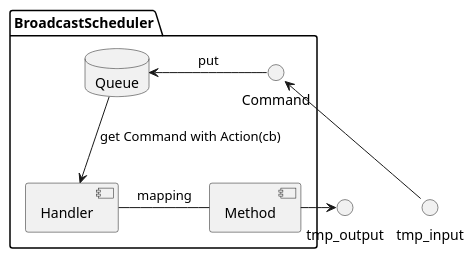
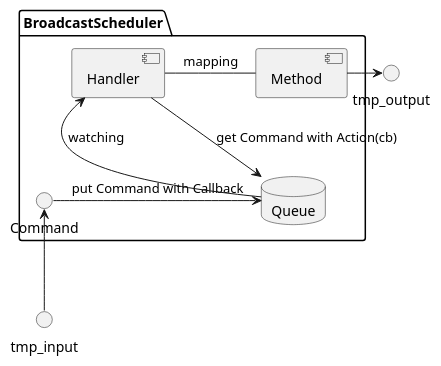
Before and after one commit to metalg0su/studies: the diagram in diagram-sequence/processes/undefined/brcstScheduler.puml, drawn with PlantUML. The commit also changed 7 other files, not shown here.

```diff
--- a/diagram-sequence/processes/undefined/brcstScheduler.puml
+++ b/diagram-sequence/processes/undefined/brcstScheduler.puml
@@ -2,15 +2,16 @@
 @startuml
 package BroadcastScheduler {
     () Command as cmd
     database Queue
     [Handler]
     [Method]
 }
 
 () tmp_input -up-> cmd
-cmd -> Queue: put
-Queue -down-> Handler: get Command with Action(cb)
+cmd -> Queue: put Command with Callback
+Queue -up-> Handler: watching
+Handler -down-> Queue: get Command with Action(cb)
 Handler - Method: mapping
 
 Method -> () tmp_output
 @enduml
```
